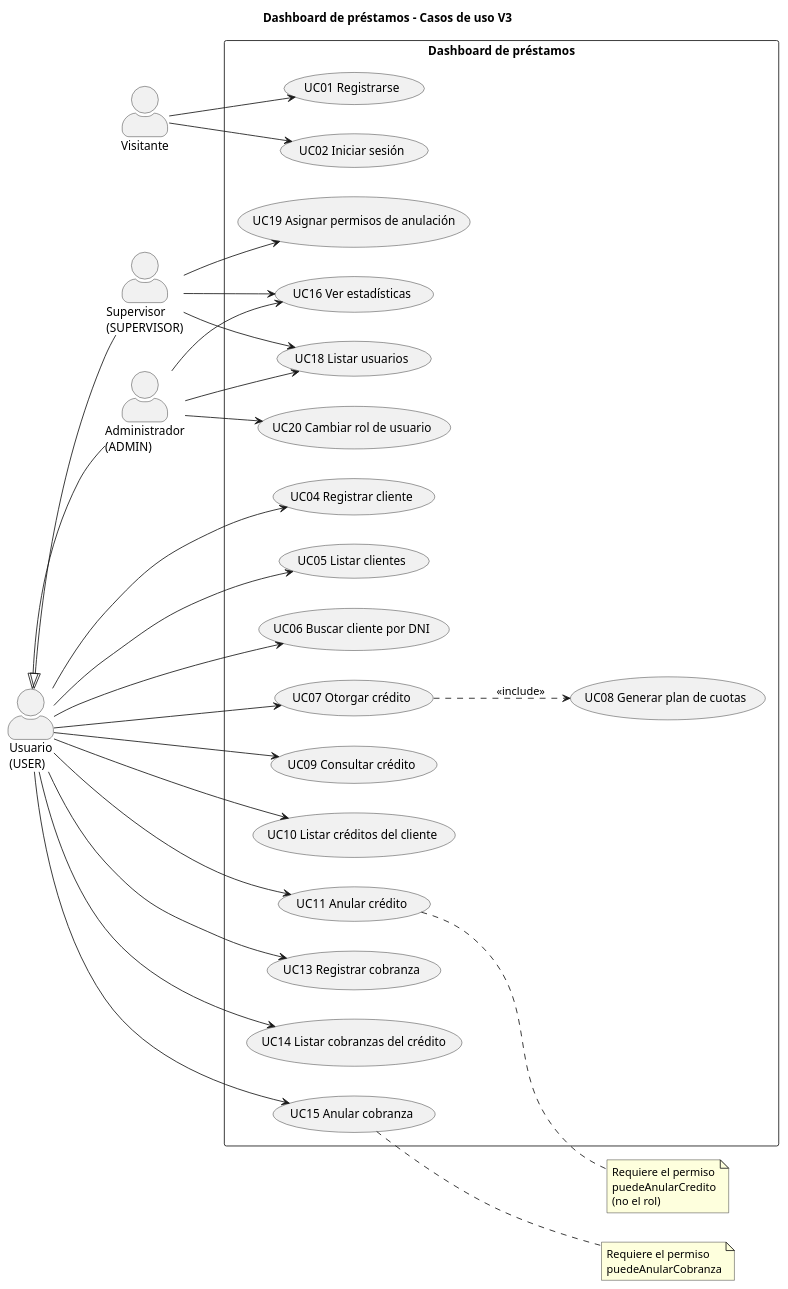
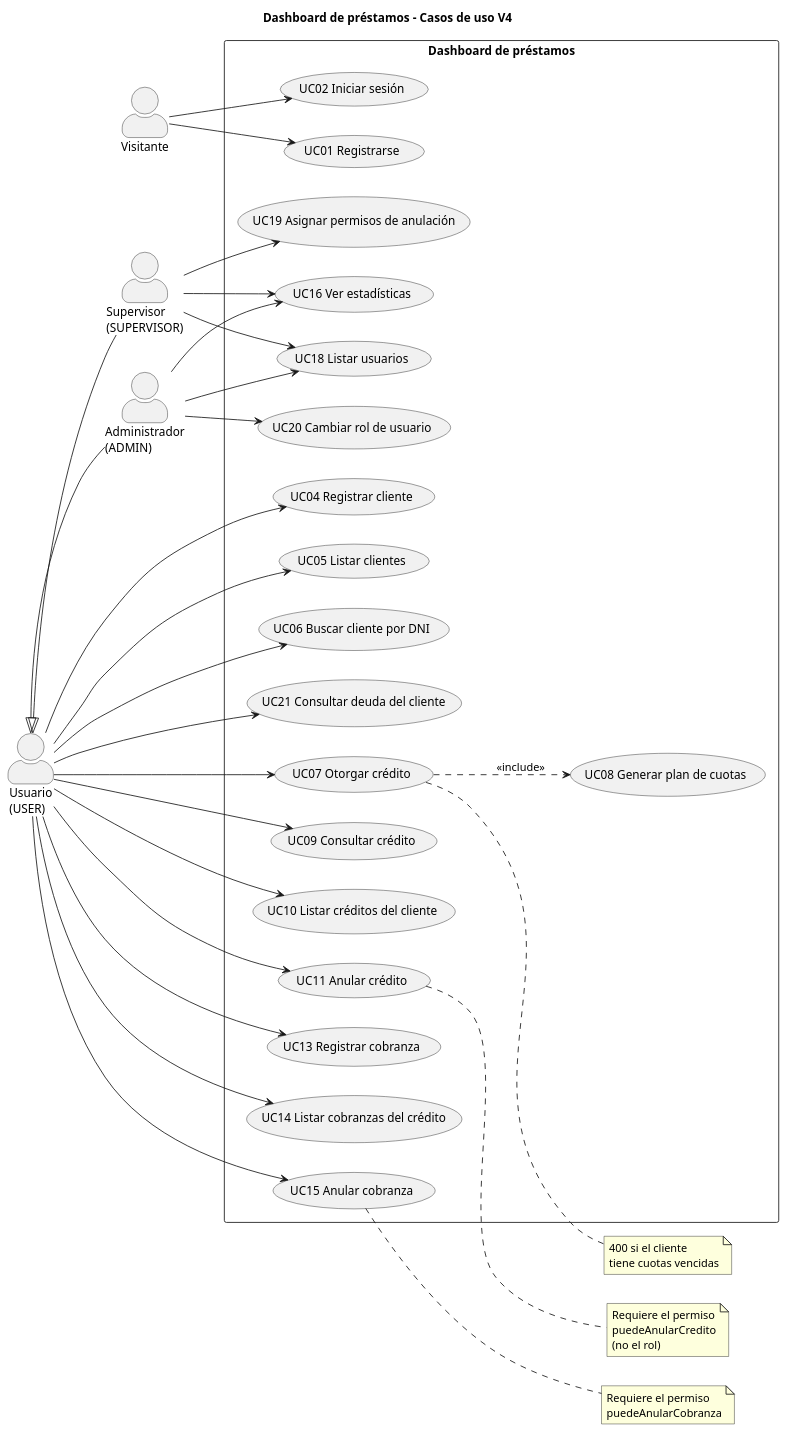
One commit to andreiveisuade/TPO-ProcesoDesarrolloSoftware-V4 changed the diagram in docs/casos-de-uso/casos-de-uso-v4.puml. Above: the diagram before and after it, drawn with PlantUML. The commit also changed 5 other files, not shown here.

Commit message:
Lista de mejoras y casos de uso V4: UC07 con cargos y mora, UC21 deuda del cliente, verificar-cu.sh

```diff
--- a/docs/casos-de-uso/casos-de-uso-v4.puml
+++ b/docs/casos-de-uso/casos-de-uso-v4.puml
@@ -1,72 +1,78 @@
-@startuml casos-de-uso-v3
+@startuml casos-de-uso-v4
 left to right direction
 skinparam packageStyle rectangle
 skinparam actorStyle awesome
 
-title Dashboard de préstamos - Casos de uso V3
+title Dashboard de préstamos - Casos de uso V4
 
 actor "Visitante" as Vis
 actor "Usuario\n(USER)" as User
 actor "Supervisor\n(SUPERVISOR)" as Sup
 actor "Administrador\n(ADMIN)" as Adm
 
 User <|-- Sup
 User <|-- Adm
 
 rectangle "Dashboard de préstamos" {
   usecase "UC01 Registrarse" as UC01
   usecase "UC02 Iniciar sesión" as UC02
 
   usecase "UC04 Registrar cliente" as UC04
   usecase "UC05 Listar clientes" as UC05
   usecase "UC06 Buscar cliente por DNI" as UC06
+  usecase "UC21 Consultar deuda del cliente" as UC21
 
   usecase "UC07 Otorgar crédito" as UC07
   usecase "UC08 Generar plan de cuotas" as UC08
   usecase "UC09 Consultar crédito" as UC09
   usecase "UC10 Listar créditos del cliente" as UC10
   usecase "UC11 Anular crédito" as UC11
 
   usecase "UC13 Registrar cobranza" as UC13
   usecase "UC14 Listar cobranzas del crédito" as UC14
   usecase "UC15 Anular cobranza" as UC15
 
   usecase "UC16 Ver estadísticas" as UC16
   usecase "UC18 Listar usuarios" as UC18
   usecase "UC19 Asignar permisos de anulación" as UC19
   usecase "UC20 Cambiar rol de usuario" as UC20
 }
 
 Vis --> UC01
 Vis --> UC02
 
 User --> UC04
 User --> UC05
 User --> UC06
+User --> UC21
 User --> UC07
 User --> UC09
 User --> UC10
 User --> UC11
 User --> UC13
 User --> UC14
 User --> UC15
 
 Sup --> UC16
 Sup --> UC18
 Sup --> UC19
 Adm --> UC16
 Adm --> UC18
 Adm --> UC20
 
 UC07 ..> UC08 : <<include>>
 
 note right of UC11
   Requiere el permiso
   puedeAnularCredito
   (no el rol)
 end note
+note right of UC07
+  400 si el cliente
+  tiene cuotas vencidas
+end note
 note right of UC15
   Requiere el permiso
   puedeAnularCobranza
 end note
 @enduml
```
